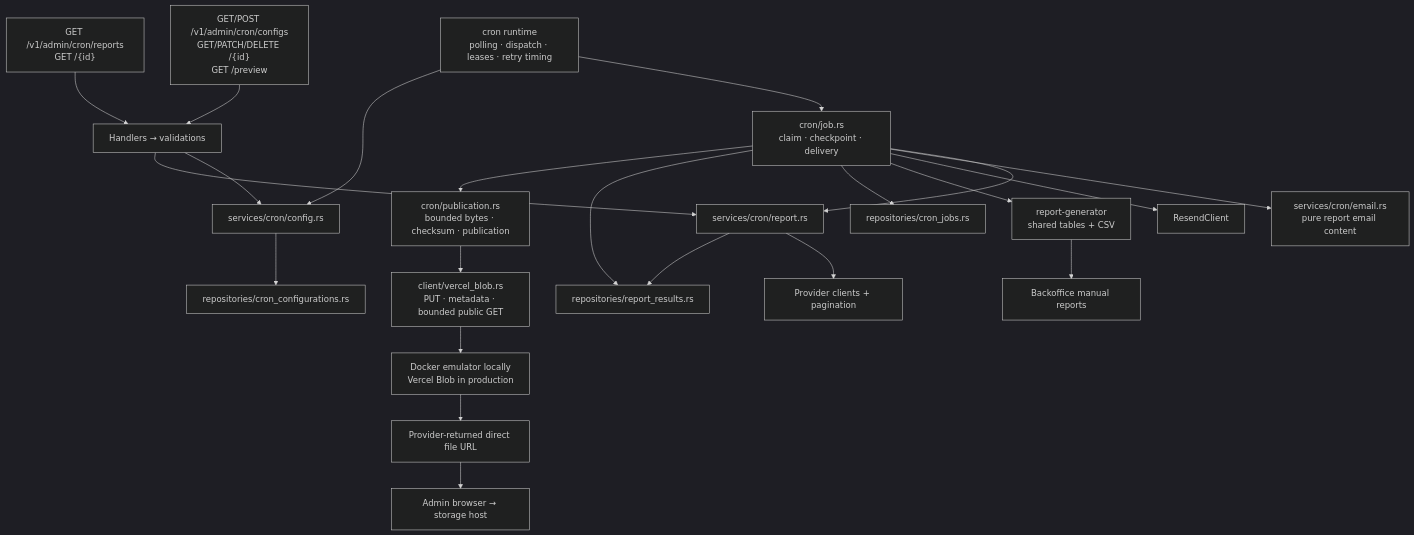
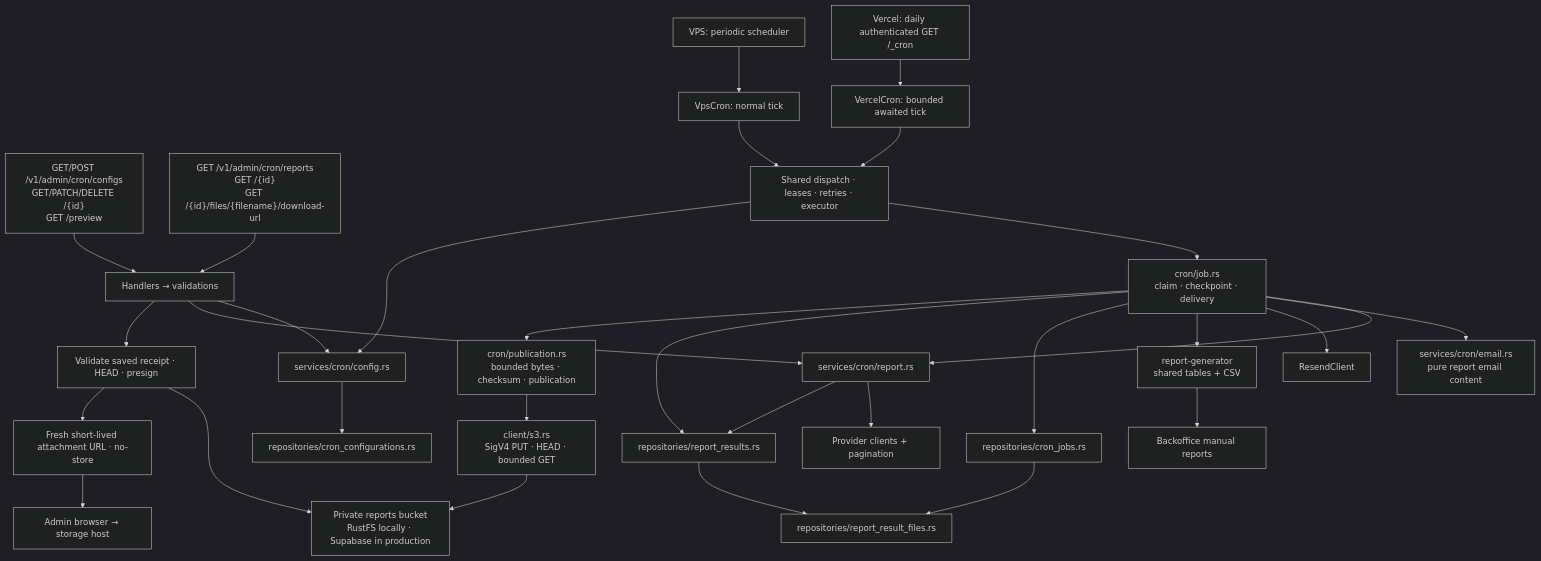
One commit to enzumeii/monolith changed the first of 3 diagrams in docs/cron.md. Above: the diagram before and after it, drawn with Mermaid (dark theme). The commit also changed other lines of this file and 141 other files, not shown here.

````diff
--- a/docs/cron.md
+++ b/docs/cron.md
@@ -5,24 +5,32 @@
 ```mermaid
 flowchart TD
   A["GET/POST /v1/admin/cron/configs<br/>GET/PATCH/DELETE /{id}<br/>GET /preview"] --> H["Handlers → validations"]
-  B["GET /v1/admin/cron/reports<br/>GET /{id}"] --> H
+  B["GET /v1/admin/cron/reports<br/>GET /{id}<br/>GET /{id}/files/{filename}/download-url"] --> H
   H --> C["services/cron/config.rs"]
   H --> R["services/cron/report.rs"]
-  W["cron runtime<br/>polling · dispatch · leases · retry timing"] --> J["cron/job.rs<br/>claim · checkpoint · delivery"]
+  TRIGGER["Vercel: daily authenticated GET /_cron"] --> VERCEL["VercelCron: bounded awaited tick"]
+  VPS["VPS: periodic scheduler"] --> VPSCRON["VpsCron: normal tick"]
+  VERCEL --> W["Shared dispatch · leases · retries · executor"]
+  VPSCRON --> W
+  W --> J["cron/job.rs<br/>claim · checkpoint · delivery"]
   W --> C
   J --> R
   J --> E["services/cron/email.rs<br/>pure report email content"]
   J --> RC["ResendClient"]
   R --> P["Provider clients + pagination"]
   J --> G["report-generator<br/>shared tables + CSV"]
   G --> UI["Backoffice manual reports"]
   C --> CR["repositories/cron_configurations.rs"]
   J --> JR["repositories/cron_jobs.rs"]
   J --> AR["repositories/report_results.rs"]
   R --> AR
+  JR --> FR["repositories/report_result_files.rs"]
+  AR --> FR
   J --> S["cron/publication.rs<br/>bounded bytes · checksum · publication"]
-  S --> LB["client/vercel_blob.rs<br/>PUT · metadata · bounded public GET"]
-  LB --> V["Docker emulator locally<br/>Vercel Blob in production"]
-  V --> U["Provider-returned direct file URL"]
+  S --> LB["client/s3.rs<br/>SigV4 PUT · HEAD · bounded GET"]
+  LB --> V["Private reports bucket<br/>RustFS locally · Supabase in production"]
+  H --> SIGN["Validate saved receipt · HEAD · presign"]
+  SIGN --> V
+  SIGN --> U["Fresh short-lived attachment URL · no-store"]
   U --> Browser["Admin browser → storage host"]
 ```
````
